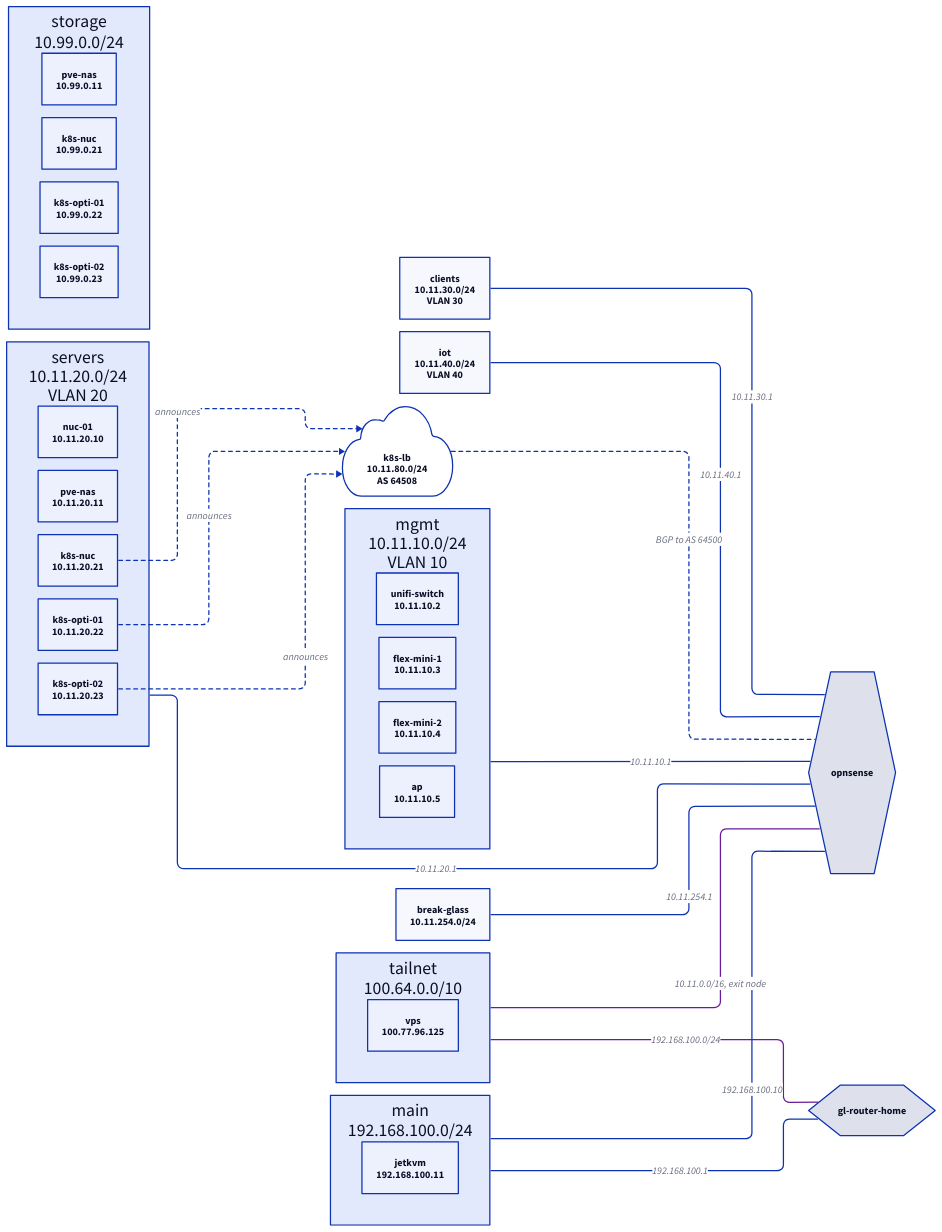
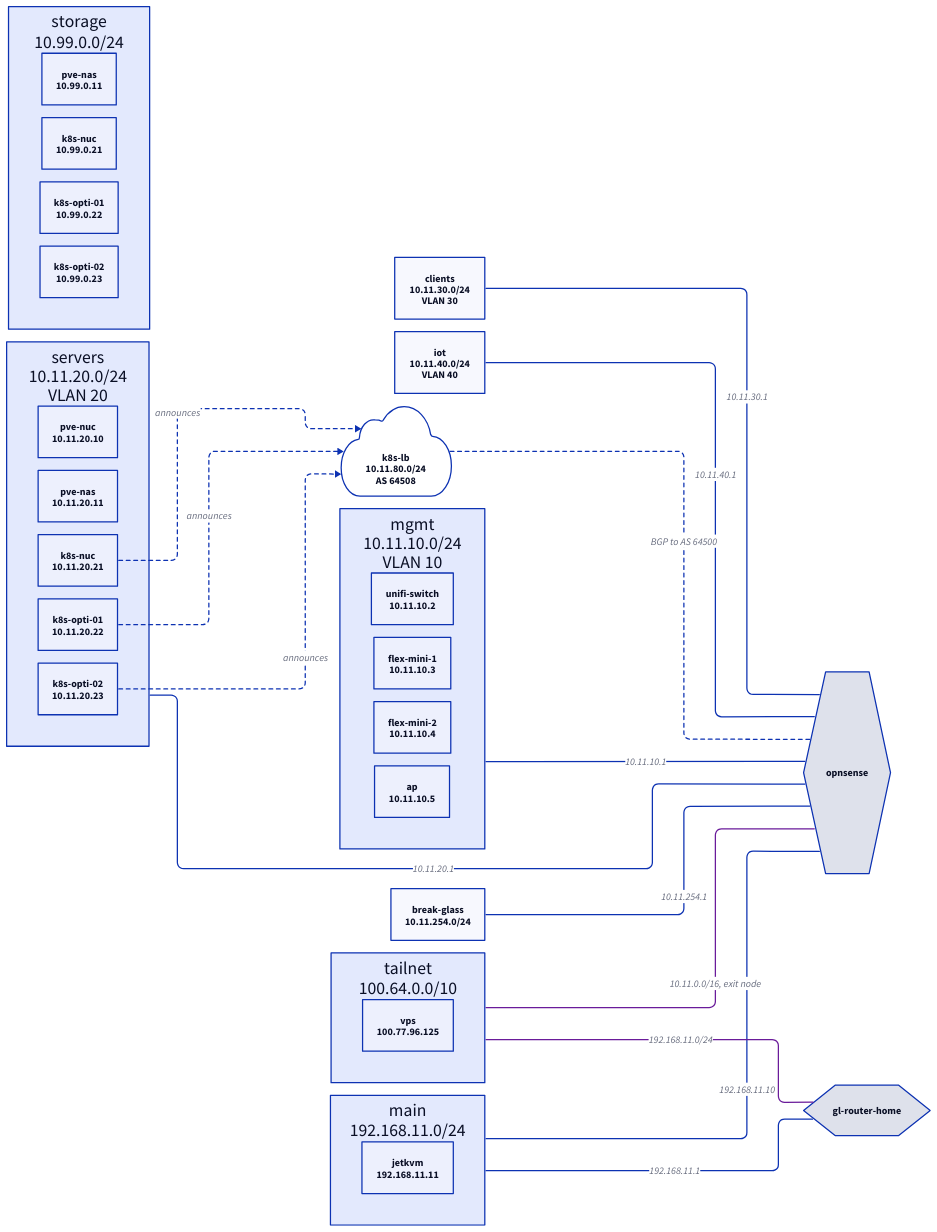
The diagram in docs/diagrams/network.d2 (subbeh/home-ops), drawn with D2 before and after one commit. The commit also changed 10 other files, not shown here.

First line of the commit message:
fix(ansible): rename nuc-01 to pve-nuc, move main to 192.168.11.0/24

```diff
--- a/docs/diagrams/network.d2
+++ b/docs/diagrams/network.d2
@@ -1,65 +1,65 @@
 # GENERATED by just docs; do not edit. `just docs` renders it to network.svg.
 # The Networks from network.yaml with their addresses, the routers between them, the Pools
 # and the tailnet routes. A Network with no edge to a router is unrouted.
 direction: right
 # dagre routes edges through unrelated Network containers; elk doesn't.
 vars: {d2-config: {layout-engine: elk}}
 
 "gl-router-home": {shape: hexagon}
 "opnsense": {shape: hexagon}
 
 "main": {
-  label: "main\n192.168.100.0/24"
-  "jetkvm": "jetkvm\n192.168.100.11"
+  label: "main\n192.168.11.0/24"
+  "jetkvm": "jetkvm\n192.168.11.11"
 }
-"main" -- "gl-router-home": "192.168.100.1"
-"main" -- "opnsense": "192.168.100.10"
+"main" -- "gl-router-home": "192.168.11.1"
+"main" -- "opnsense": "192.168.11.10"
 "mgmt": {
   label: "mgmt\n10.11.10.0/24\nVLAN 10"
   "unifi-switch": "unifi-switch\n10.11.10.2"
   "flex-mini-1": "flex-mini-1\n10.11.10.3"
   "flex-mini-2": "flex-mini-2\n10.11.10.4"
   "ap": "ap\n10.11.10.5"
 }
 "mgmt" -- "opnsense": "10.11.10.1"
 "servers": {
   label: "servers\n10.11.20.0/24\nVLAN 20"
-  "nuc-01": "nuc-01\n10.11.20.10"
+  "pve-nuc": "pve-nuc\n10.11.20.10"
   "pve-nas": "pve-nas\n10.11.20.11"
   "k8s-nuc": "k8s-nuc\n10.11.20.21"
   "k8s-opti-01": "k8s-opti-01\n10.11.20.22"
   "k8s-opti-02": "k8s-opti-02\n10.11.20.23"
 }
 "servers" -- "opnsense": "10.11.20.1"
 "clients": {
   label: "clients\n10.11.30.0/24\nVLAN 30"
 }
 "clients" -- "opnsense": "10.11.30.1"
 "iot": {
   label: "iot\n10.11.40.0/24\nVLAN 40"
 }
 "iot" -- "opnsense": "10.11.40.1"
 "break-glass": {
   label: "break-glass\n10.11.254.0/24"
 }
 "break-glass" -- "opnsense": "10.11.254.1"
 "storage": {
   label: "storage\n10.99.0.0/24"
   "pve-nas": "pve-nas\n10.99.0.11"
   "k8s-nuc": "k8s-nuc\n10.99.0.21"
   "k8s-opti-01": "k8s-opti-01\n10.99.0.22"
   "k8s-opti-02": "k8s-opti-02\n10.99.0.23"
 }
 "tailnet": {
   label: "tailnet\n100.64.0.0/10"
   "vps": "vps\n100.77.96.125"
 }
 
 "k8s-lb": "k8s-lb\n10.11.80.0/24\nAS 64508" {shape: cloud}
 "k8s-lb" -- "opnsense": "BGP to AS 64500" {style.stroke-dash: 3}
 "servers"."k8s-nuc" -> "k8s-lb": announces {style.stroke-dash: 3}
 "servers"."k8s-opti-01" -> "k8s-lb": announces {style.stroke-dash: 3}
 "servers"."k8s-opti-02" -> "k8s-lb": announces {style.stroke-dash: 3}
 
 tailnet -- "opnsense": "10.11.0.0/16, exit node" {style.stroke: "#6A1B9A"}
-tailnet -- "gl-router-home": "192.168.100.0/24" {style.stroke: "#6A1B9A"}
+tailnet -- "gl-router-home": "192.168.11.0/24" {style.stroke: "#6A1B9A"}
```
